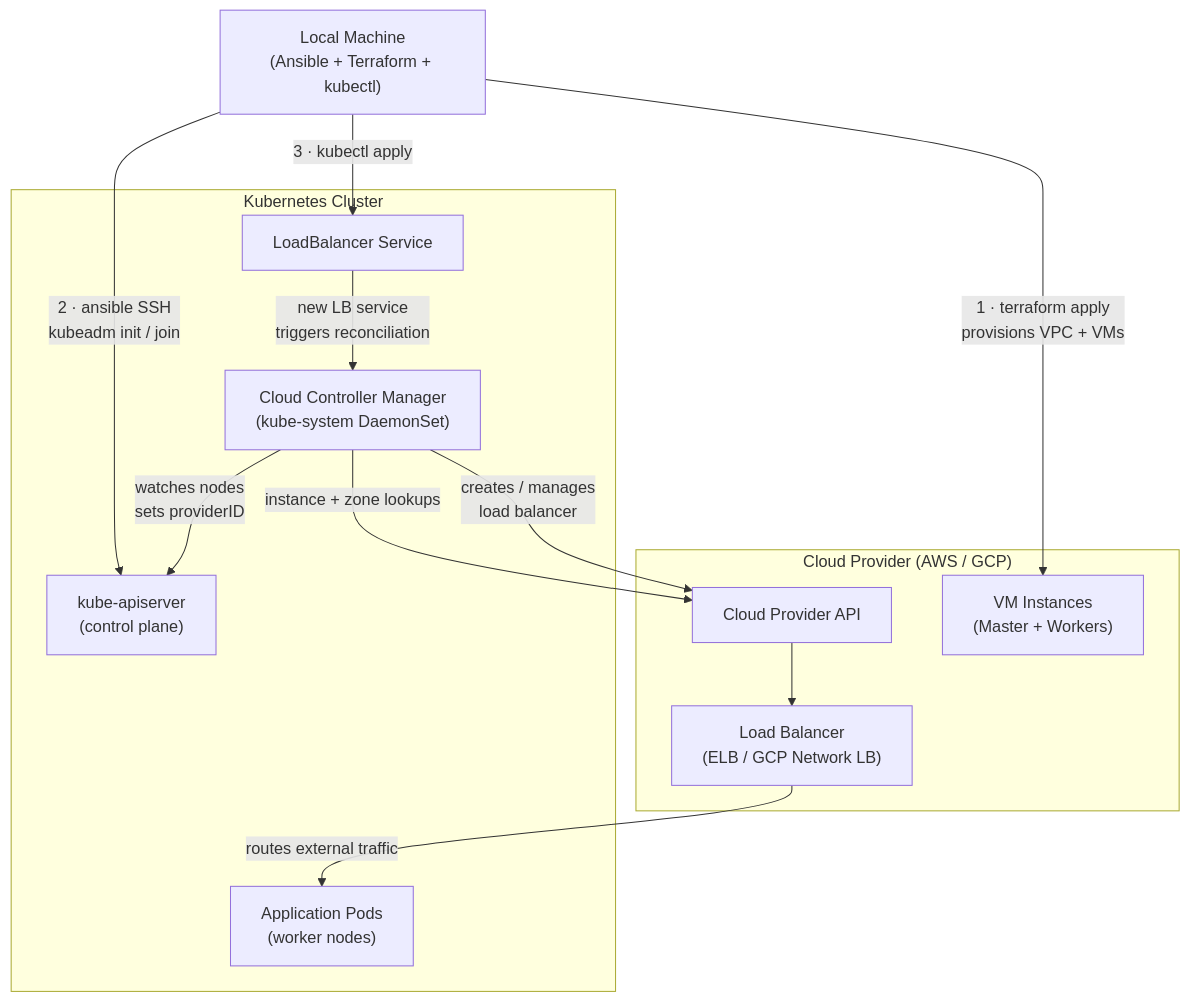
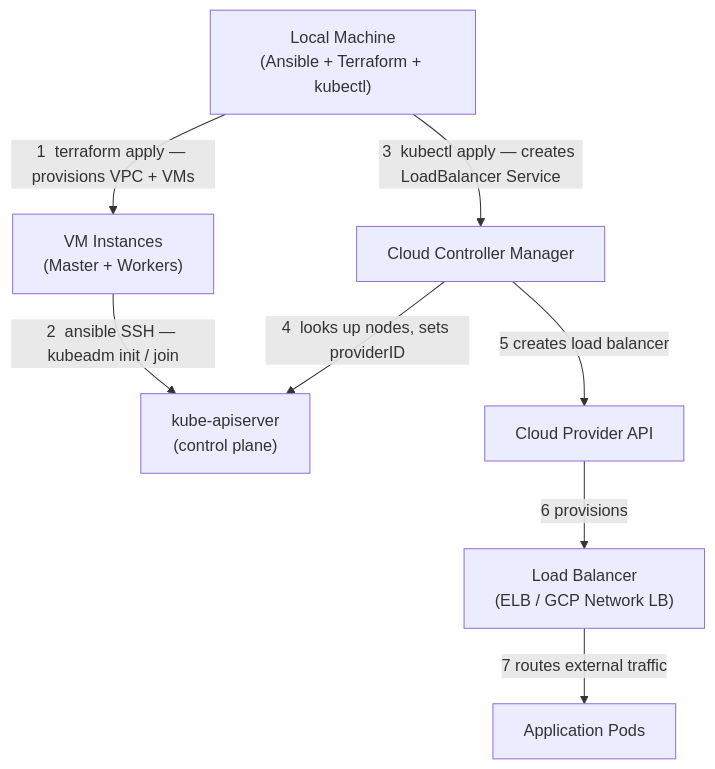
The first of 3 diagrams in README.md (michaelford85/easy-cloud-k8s-cluster), drawn with Mermaid before and after one commit. The commit also changed other lines of this file, not shown here.

Commit message:
updated diagrams

````diff
--- a/README.md
+++ b/README.md
@@ -53,28 +53,18 @@
 ```mermaid
 flowchart TD
     Local["Local Machine\n(Ansible + Terraform + kubectl)"]
+    Instances["VM Instances\n(Master + Workers)"]
+    APIServer["kube-apiserver\n(control plane)"]
+    CCM["Cloud Controller Manager"]
+    CloudAPI["Cloud Provider API"]
+    LB["Load Balancer\n(ELB / GCP Network LB)"]
+    Pods["Application Pods"]
 
-    subgraph cloud["Cloud Provider (AWS / GCP)"]
-        CloudAPI["Cloud Provider API"]
-        LB["Load Balancer\n(ELB / GCP Network LB)"]
-        Instances["VM Instances\n(Master + Workers)"]
-    end
-
-    subgraph cluster["Kubernetes Cluster"]
-        APIServer["kube-apiserver\n(control plane)"]
-        CCM["Cloud Controller Manager\n(kube-system DaemonSet)"]
-        Pods["Application Pods\n(worker nodes)"]
-        Svc["LoadBalancer Service"]
-    end
-
-    Local -->|"1 · terraform apply\nprovisions VPC + VMs"| Instances
-    Local -->|"2 · ansible SSH\nkubeadm init / join"| APIServer
-    Local -->|"3 · kubectl apply"| Svc
-
-    CCM -->|"watches nodes\nsets providerID"| APIServer
-    CCM -->|"instance + zone lookups"| CloudAPI
-    Svc -->|"new LB service\ntriggers reconciliation"| CCM
-    CCM -->|"creates / manages\nload balancer"| CloudAPI
-    CloudAPI --> LB
-    LB -->|"routes external traffic"| Pods
+    Local      -->|"1  terraform apply — provisions VPC + VMs"| Instances
+    Instances  -->|"2  ansible SSH — kubeadm init / join"| APIServer
+    Local      -->|"3  kubectl apply — creates LoadBalancer Service"| CCM
+    CCM        -->|"4  looks up nodes, sets providerID"| APIServer
+    CCM        -->|"5  creates load balancer"| CloudAPI
+    CloudAPI   -->|"6  provisions"| LB
+    LB         -->|"7  routes external traffic"| Pods
 ```
````
